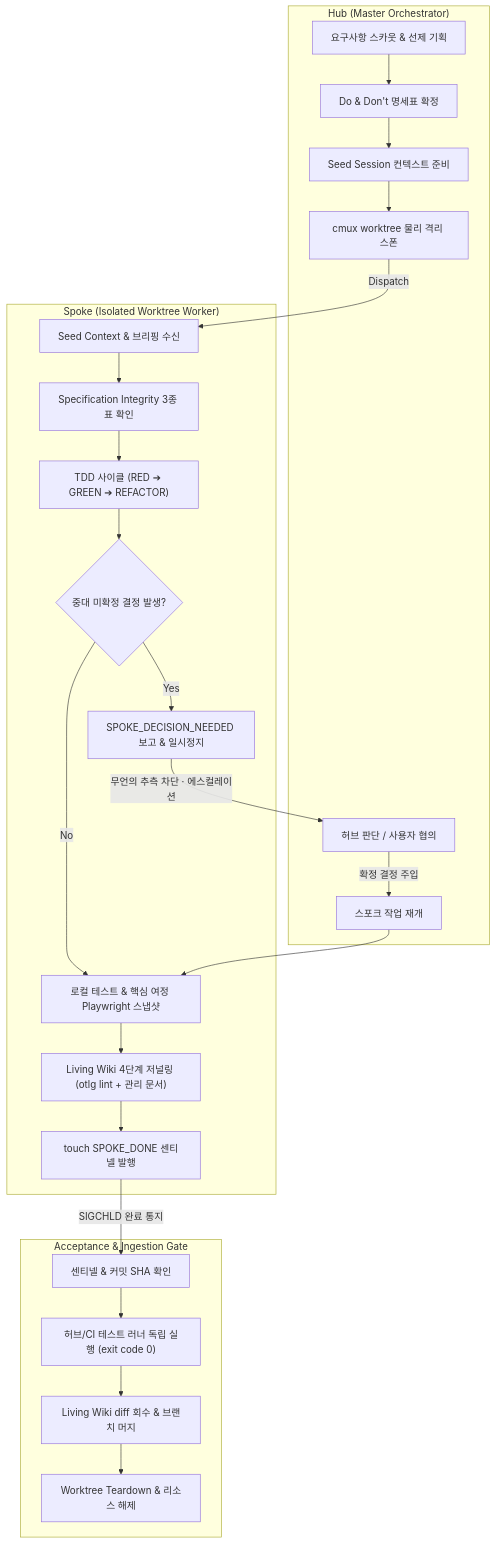
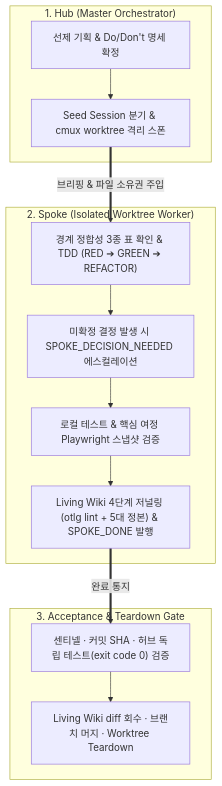
One commit to tomato-vault/tomato-vault.github.io changed the sixth of 6 diagrams in _deep_dives/ai-agent-architecture/infra-fsd-and-ecosystem.md. Above: the diagram before and after it, drawn with Mermaid. The commit also changed other lines of this file and 36 other files, not shown here.

````diff
--- a/_deep_dives/ai-agent-architecture/infra-fsd-and-ecosystem.md
+++ b/_deep_dives/ai-agent-architecture/infra-fsd-and-ecosystem.md
@@ -340,30 +336,19 @@
 ```mermaid
 flowchart TD
-    subgraph Hub["Hub (Master Orchestrator)"]
-        H1["요구사항 스카웃 & 선제 기획"] --> H2["Do & Don't 명세표 확정"]
-        H2 --> H3["Seed Session 컨텍스트 준비"]
-        H3 --> H4["cmux worktree 물리 격리 스폰"]
-        H_DEC["허브 판단 / 사용자 협의"] -->|확정 결정 주입| S_RESUME["스포크 작업 재개"]
+    subgraph Hub ["1. Hub (Master Orchestrator)"]
+        H1["선제 기획 & Do/Don't 명세 확정"] --> H2["Seed Session 분기 & cmux worktree 격리 스폰"]
     end
 
-    subgraph Spoke["Spoke (Isolated Worktree Worker)"]
-        S1["Seed Context & 브리핑 수신"] --> S2["Specification Integrity 3종 표 확인"]
-        S2 --> S3["TDD 사이클 (RED ➔ GREEN ➔ REFACTOR)"]
-        S3 --> S_COND{"중대 미확정 결정 발생?"}
-        S_COND -- Yes --> S_BLOCK["SPOKE_DECISION_NEEDED 보고 & 일시정지"]
-        S_COND -- No --> S4["로컬 테스트 & 핵심 여정 Playwright 스냅샷"]
-        S_RESUME --> S4
-        S4 --> S5["Living Wiki 4단계 저널링 (otlg lint + 관리 문서)"]
-        S5 --> S6["touch SPOKE_DONE 센티넬 발행"]
+    subgraph Spoke ["2. Spoke (Isolated Worktree Worker)"]
+        S1["경계 정합성 3종 표 확인 & TDD (RED ➔ GREEN ➔ REFACTOR)"] --> S2["미확정 결정 발생 시 SPOKE_DECISION_NEEDED 에스컬레이션"]
+        S2 --> S3["로컬 테스트 & 핵심 여정 Playwright 스냅샷 검증"]
+        S3 --> S4["Living Wiki 4단계 저널링 (otlg lint + 5대 정본) & SPOKE_DONE 발행"]
     end
 
-    subgraph Verification["Acceptance & Ingestion Gate"]
-        V1["센티넬 & 커밋 SHA 확인"] --> V2["허브/CI 테스트 러너 독립 실행 (exit code 0)"]
-        V2 --> V3["Living Wiki diff 회수 & 브랜치 머지"]
-        V3 --> V4["Worktree Teardown & 리소스 해제"]
+    subgraph Gate ["3. Acceptance & Teardown Gate"]
+        V1["센티넬 · 커밋 SHA · 허브 독립 테스트(exit code 0) 검증"] --> V2["Living Wiki diff 회수 · 브랜치 머지 · Worktree Teardown"]
     end
 
-    H4 -->|Dispatch| S1
-    S_BLOCK -->|무언의 추측 차단 · 에스컬레이션| H_DEC
-    S6 -->|SIGCHLD 완료 통지| V1
+    H2 ==>|"브리핑 & 파일 소유권 주입"| S1
+    S4 ==>|"완료 통지"| V1
 ```
````
